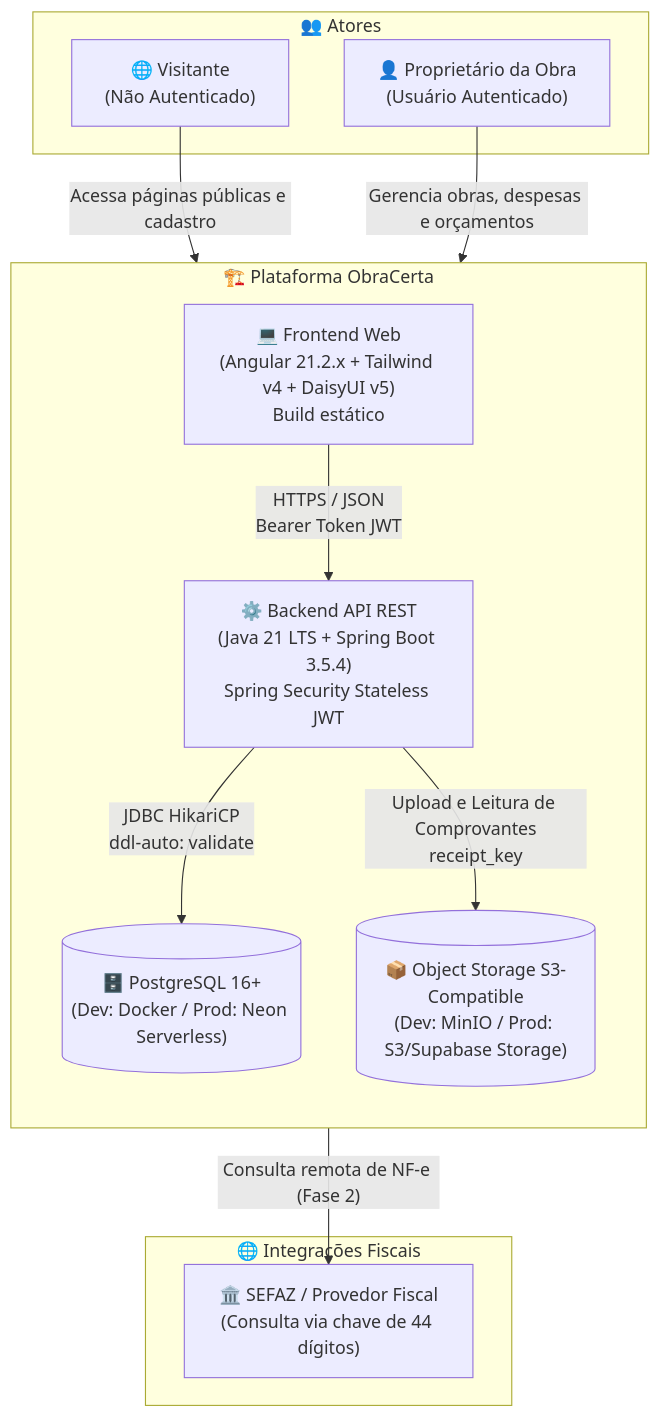
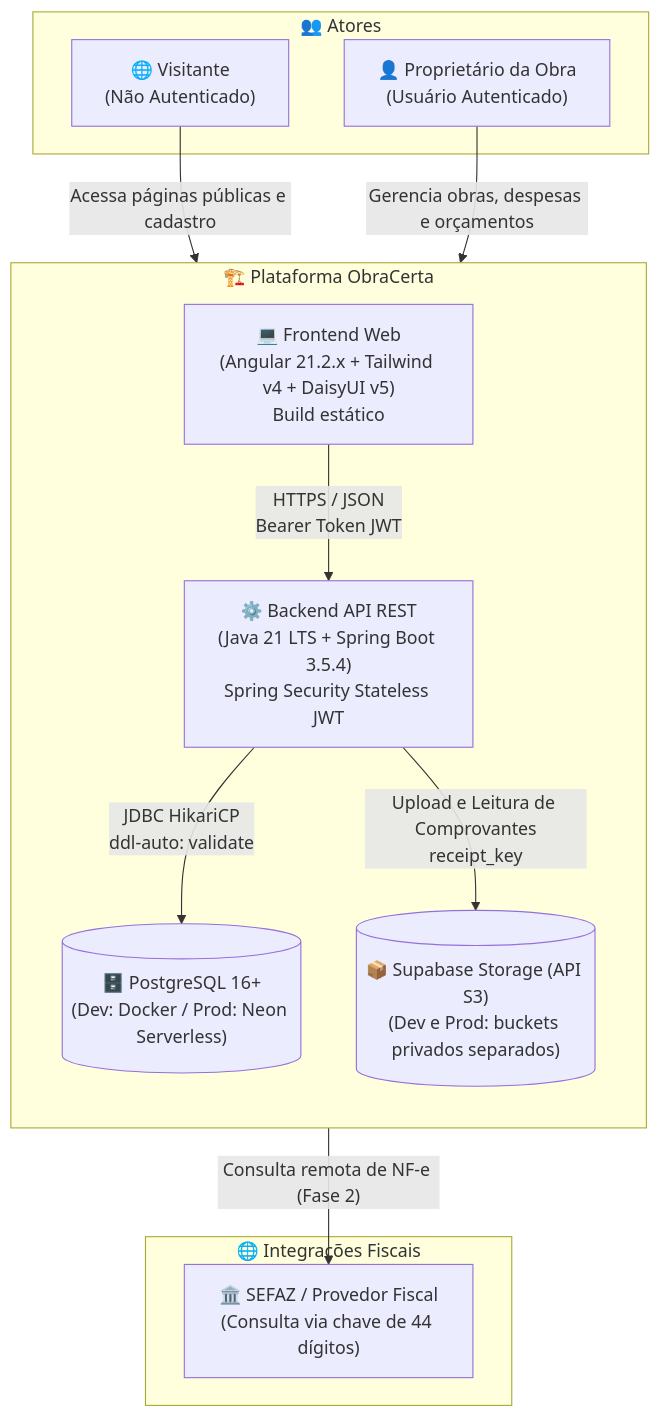
Before and after one commit to utfpr-gp/obra-certa: the first of 3 diagrams in docs/architecture.md, drawn with Mermaid. The commit also changed other lines of this file and 36 other files, not shown here.

Commit message:
tarefa 5: anexar e consultar comprovantes no Supabase Storage

````diff
--- a/docs/architecture.md
+++ b/docs/architecture.md
@@ -96,27 +96,27 @@
 ```mermaid
 flowchart TD
     subgraph Atores["👥 Atores"]
         User["👤 Proprietário da Obra<br/>(Usuário Autenticado)"]
         Visitor["🌐 Visitante<br/>(Não Autenticado)"]
     end
 
     subgraph PlataformaObraCerta["🏗️ Plataforma ObraCerta"]
         direction TB
         Frontend["💻 Frontend Web<br/>(Angular 21.2.x + Tailwind v4 + DaisyUI v5)<br/>Build estático"]
         Backend["⚙️ Backend API REST<br/>(Java 21 LTS + Spring Boot 3.5.4)<br/>Spring Security Stateless JWT"]
         Database[("🗄️ PostgreSQL 16+<br/>(Dev: Docker / Prod: Neon Serverless)")]
-        Storage[("📦 Object Storage S3-Compatible<br/>(Dev: MinIO / Prod: S3/Supabase Storage)")]
+        Storage[("📦 Supabase Storage (API S3)<br/>(Dev e Prod: buckets privados separados)")]
 
         Frontend -->|"HTTPS / JSON<br/>Bearer Token JWT"| Backend
         Backend -->|"JDBC HikariCP<br/>ddl-auto: validate"| Database
         Backend -->|"Upload e Leitura de Comprovantes<br/>receipt_key"| Storage
     end
 
     subgraph ServicosExternos["🌐 Integrações Fiscais"]
         SEFAZ["🏛️ SEFAZ / Provedor Fiscal<br/>(Consulta via chave de 44 dígitos)"]
     end
 
     Visitor -->|"Acessa páginas públicas e cadastro"| Frontend
     User -->|"Gerencia obras, despesas e orçamentos"| Frontend
     Backend -->|"Consulta remota de NF-e (Fase 2)"| SEFAZ
 ```
````
